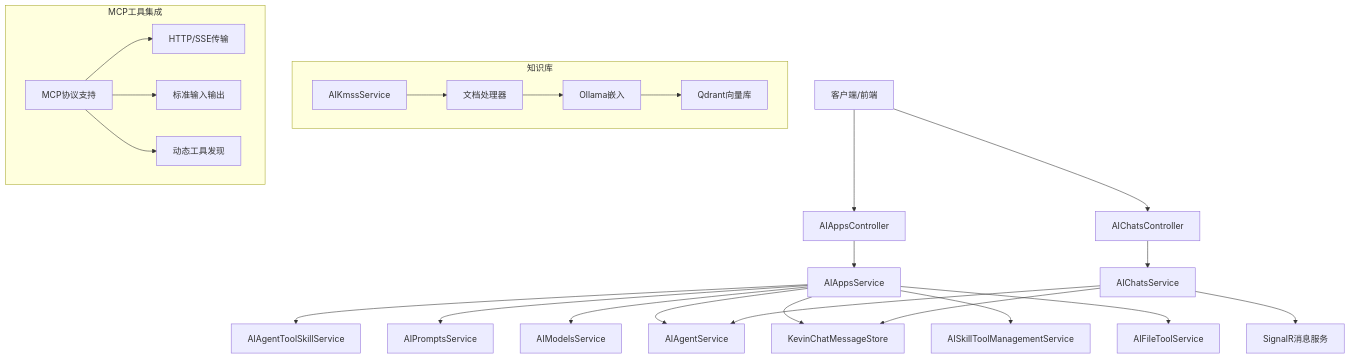
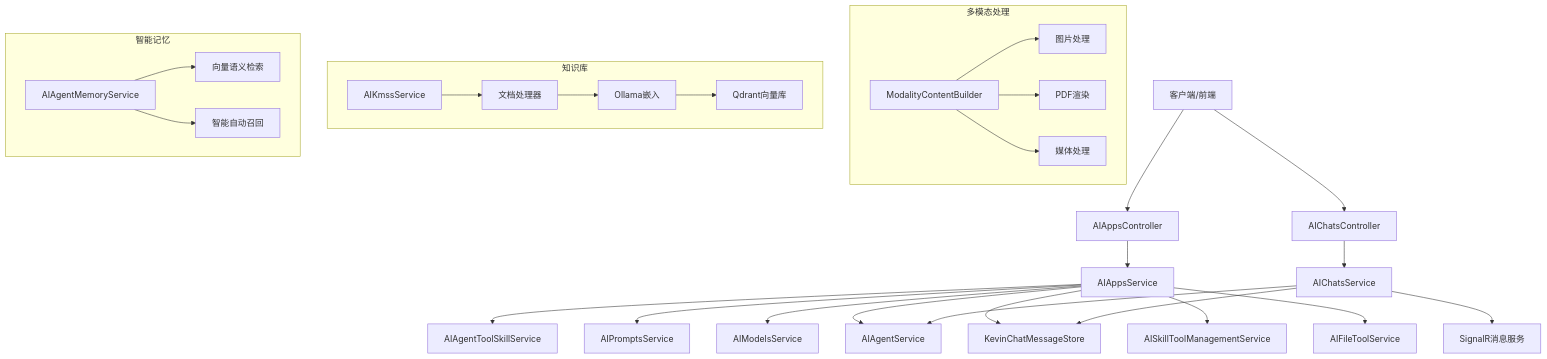
The first of 13 diagrams in .qoder/repowiki/zh/content/核心模块/AI智能助手/AI智能助手.md (junkai-li/NetCoreKevin), drawn with Mermaid before and after one commit. The commit also changed other lines of this file and 54 other files, not shown here.

````diff
--- a/.qoder/repowiki/zh/content/核心模块/AI智能助手/AI智能助手.md
+++ b/.qoder/repowiki/zh/content/核心模块/AI智能助手/AI智能助手.md
@@ -57,27 +63,31 @@
 ```mermaid
 graph TB
 Client["客户端/前端"] --> CtrApps["AIAppsController"]
 Client --> CtrChats["AIChatsController"]
 CtrApps --> SvcApps["AIAppsService"]
 CtrChats --> SvcChats["AIChatsService"]
 SvcApps --> SvcTools["AIAgentToolSkillService"]
 SvcApps --> SvcPrompts["AIPromptsService"]
 SvcApps --> SvcModels["AIModelsService"]
 SvcApps --> AgentSvc["AIAgentService"]
 SvcChats --> AgentSvc
 SvcApps --> Store["KevinChatMessageStore"]
 SvcChats --> Store
 SvcApps --> SkillMgr["AISkillToolManagementService"]
 SvcChats --> SignalR["SignalR消息服务"]
 SvcApps --> FileSvc["AIFileToolService"]
+subgraph "多模态处理"
+Modality["ModalityContentBuilder"] --> ImageProc["图片处理"]
+Modality --> PDFProc["PDF渲染"]
+Modality --> MediaProc["媒体处理"]
+end
 subgraph "知识库"
 SvcKms["AIKmssService"] --> DocProc["文档处理器"]
 DocProc --> Embed["Ollama嵌入"]
 Embed --> Qdrant["Qdrant向量库"]
 end
-subgraph "MCP工具集成"
-MCP["MCP协议支持"] --> HTTP["HTTP/SSE传输"]
-MCP --> Stdio["标准输入输出"]
-MCP --> Tools["动态工具发现"]
+subgraph "智能记忆"
+MemorySvc["AIAgentMemoryService"] --> VectorSearch["向量语义检索"]
+MemorySvc --> AutoRecall["智能自动召回"]
 end
 ```
````
